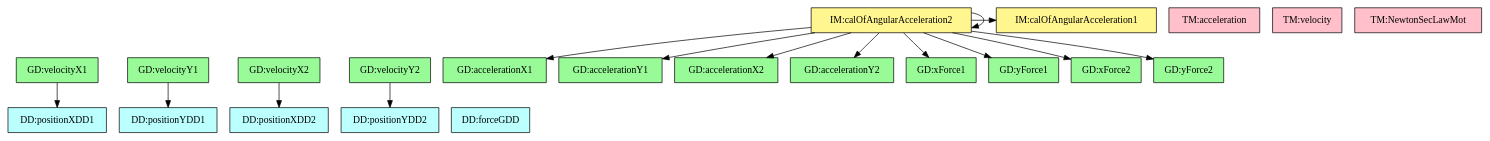
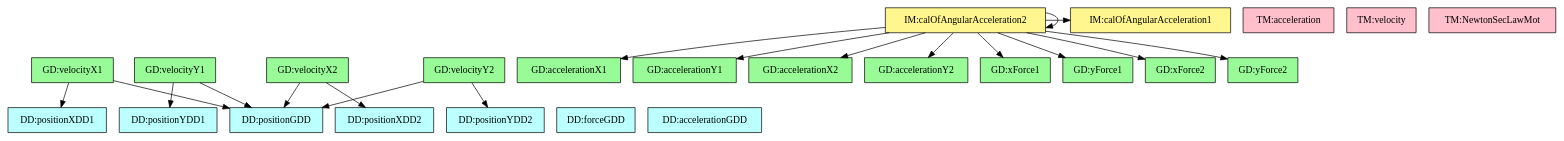
Before and after one commit to JacquesCarette/Drasil: the diagram in code/stable/dblpendulum/TraceyGraph/refvsref.dot, drawn with Graphviz. The commit also changed 14 other files, not shown here.

```diff
--- a/code/stable/dblpendulum/TraceyGraph/refvsref.dot
+++ b/code/stable/dblpendulum/TraceyGraph/refvsref.dot
@@ -1,64 +1,70 @@
 digraph refvsref {
 	v_x1 -> p_x1;
+	v_x1 -> velocity;
 	v_y1 -> p_y1;
+	v_y1 -> velocity;
 	v_x2 -> p_x2;
+	v_x2 -> velocity;
 	v_y2 -> p_y2;
+	v_y2 -> velocity;
 	angularAccelerationIM2 -> a_x1;
 	angularAccelerationIM2 -> a_y1;
 	angularAccelerationIM2 -> a_x2;
 	angularAccelerationIM2 -> a_y2;
 	angularAccelerationIM2 -> xForce1;
 	angularAccelerationIM2 -> yForce1;
 	angularAccelerationIM2 -> xForce2;
 	angularAccelerationIM2 -> yForce2;
 	angularAccelerationIM2 -> angularAccelerationIM1;
 	angularAccelerationIM2 -> angularAccelerationIM2;
 
 
 	p_x1	[shape=box, color=black, style=filled, fillcolor=paleturquoise1, label="DD:positionXDD1"];
 	p_y1	[shape=box, color=black, style=filled, fillcolor=paleturquoise1, label="DD:positionYDD1"];
 	p_x2	[shape=box, color=black, style=filled, fillcolor=paleturquoise1, label="DD:positionXDD2"];
 	p_y2	[shape=box, color=black, style=filled, fillcolor=paleturquoise1, label="DD:positionYDD2"];
 	force	[shape=box, color=black, style=filled, fillcolor=paleturquoise1, label="DD:forceGDD"];
+	velocity	[shape=box, color=black, style=filled, fillcolor=paleturquoise1, label="DD:positionGDD"];
+	acceleration	[shape=box, color=black, style=filled, fillcolor=paleturquoise1, label="DD:accelerationGDD"];
 
 	subgraph DD {
 	rank="same"
-	{p_x1, p_y1, p_x2, p_y2, force}
+	{p_x1, p_y1, p_x2, p_y2, force, velocity, acceleration}
 	}
 
 	accelerationTM	[shape=box, color=black, style=filled, fillcolor=pink, label="TM:acceleration"];
 	velocityTM	[shape=box, color=black, style=filled, fillcolor=pink, label="TM:velocity"];
 	newtonSL	[shape=box, color=black, style=filled, fillcolor=pink, label="TM:NewtonSecLawMot"];
 
 	subgraph TM {
 	rank="same"
 	{accelerationTM, velocityTM, newtonSL}
 	}
 
 	v_x1	[shape=box, color=black, style=filled, fillcolor=palegreen, label="GD:velocityX1"];
 	v_y1	[shape=box, color=black, style=filled, fillcolor=palegreen, label="GD:velocityY1"];
 	v_x2	[shape=box, color=black, style=filled, fillcolor=palegreen, label="GD:velocityX2"];
 	v_y2	[shape=box, color=black, style=filled, fillcolor=palegreen, label="GD:velocityY2"];
 	a_x1	[shape=box, color=black, style=filled, fillcolor=palegreen, label="GD:accelerationX1"];
 	a_y1	[shape=box, color=black, style=filled, fillcolor=palegreen, label="GD:accelerationY1"];
 	a_x2	[shape=box, color=black, style=filled, fillcolor=palegreen, label="GD:accelerationX2"];
 	a_y2	[shape=box, color=black, style=filled, fillcolor=palegreen, label="GD:accelerationY2"];
 	xForce1	[shape=box, color=black, style=filled, fillcolor=palegreen, label="GD:xForce1"];
 	yForce1	[shape=box, color=black, style=filled, fillcolor=palegreen, label="GD:yForce1"];
 	xForce2	[shape=box, color=black, style=filled, fillcolor=palegreen, label="GD:xForce2"];
 	yForce2	[shape=box, color=black, style=filled, fillcolor=palegreen, label="GD:yForce2"];
 
 	subgraph GD {
 	rank="same"
 	{v_x1, v_y1, v_x2, v_y2, a_x1, a_y1, a_x2, a_y2, xForce1, yForce1, xForce2, yForce2}
 	}
 
 	angularAccelerationIM1	[shape=box, color=black, style=filled, fillcolor=khaki1, label="IM:calOfAngularAcceleration1"];
 	angularAccelerationIM2	[shape=box, color=black, style=filled, fillcolor=khaki1, label="IM:calOfAngularAcceleration2"];
 
 	subgraph IM {
 	rank="same"
 	{angularAccelerationIM1, angularAccelerationIM2}
 	}
 
 }
```
